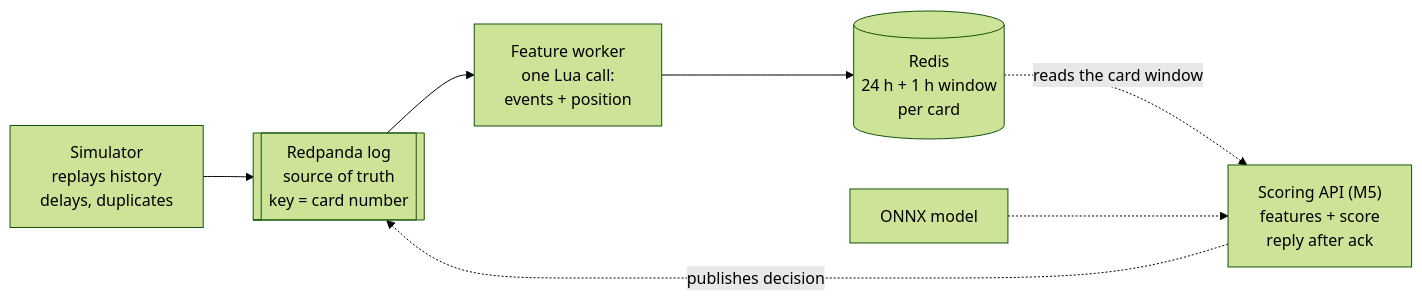
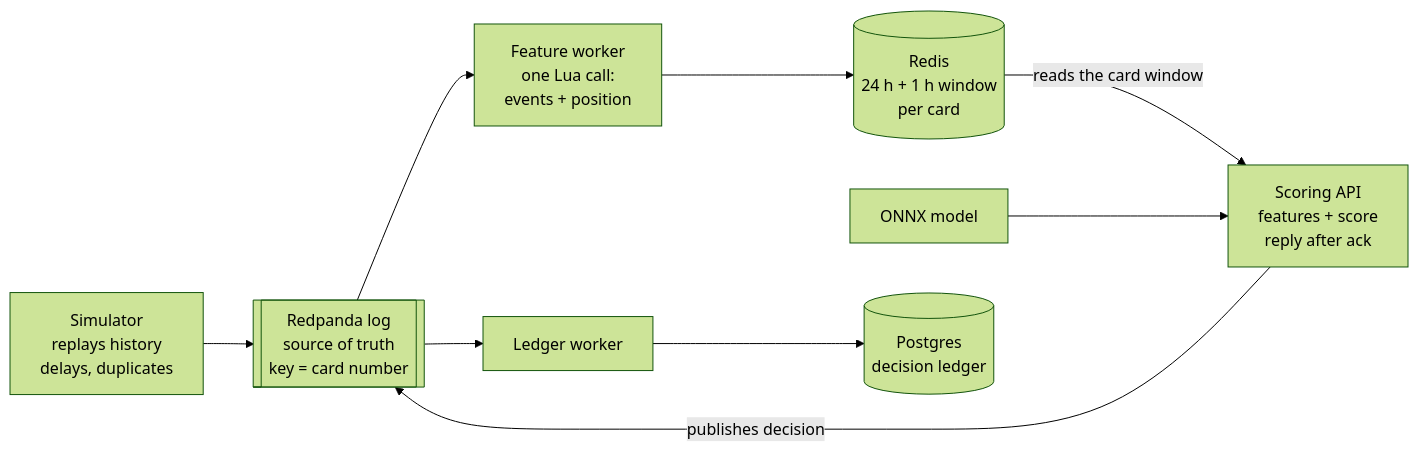
Before and after one commit to emmanuelterah/finspeq: the diagram in docs/WRITEUP.md, drawn with Mermaid (forest theme). The commit also changed other lines of this file and 31 other files, not shown here.

````diff
--- a/docs/WRITEUP.md
+++ b/docs/WRITEUP.md
@@ -173,10 +176,12 @@
 ```mermaid
 flowchart LR
     S["Simulator<br/>replays history<br/>delays, duplicates"] --> R
     R[["Redpanda log<br/>source of truth<br/>key = card number"]]
     R --> W["Feature worker<br/>one Lua call:<br/>events + position"]
     W --> X[("Redis<br/>24 h + 1 h window<br/>per card")]
-    X -.->|"reads the card window"| API["Scoring API (M5)<br/>features + score<br/>reply after ack"]
-    M["ONNX model"] -.-> API
-    API -.->|"publishes decision"| R
+    X -->|"reads the card window"| API["Scoring API<br/>features + score<br/>reply after ack"]
+    M["ONNX model"] --> API
+    API -->|"publishes decision"| R
+    R --> L["Ledger worker"]
+    L --> P[("Postgres<br/>decision ledger")]
 ```
````
